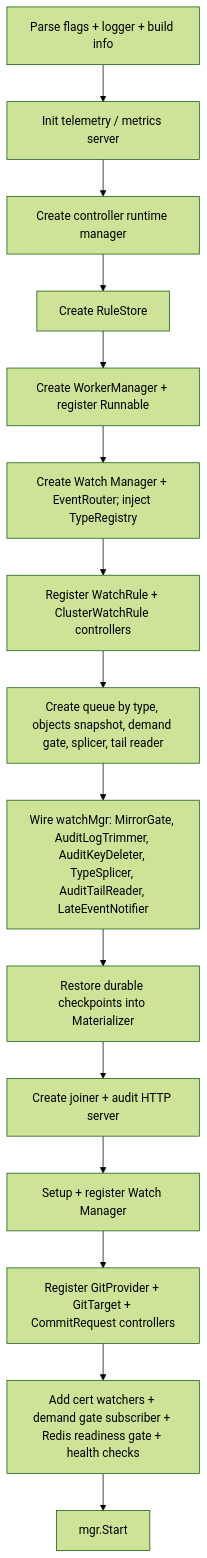
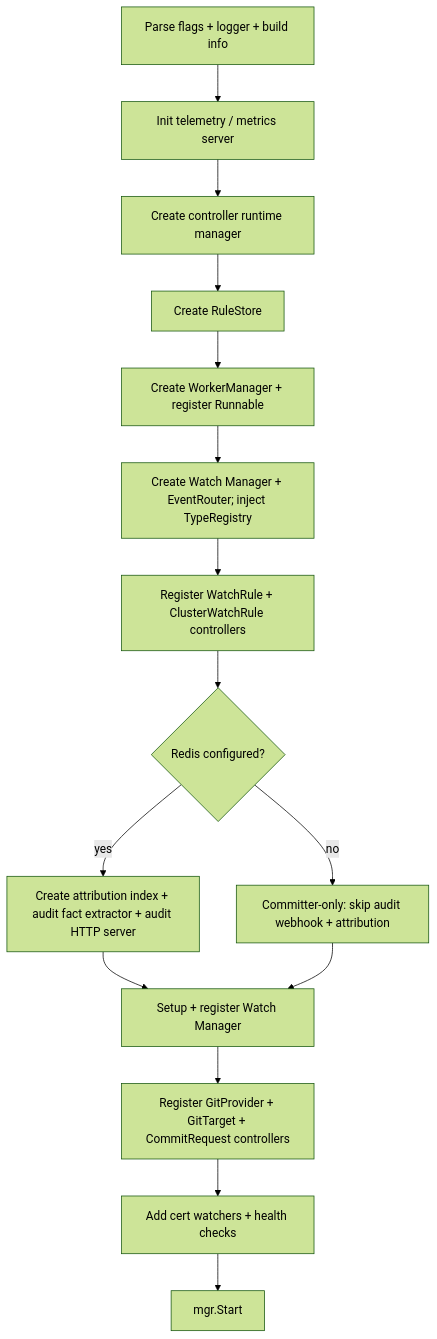
The third of 3 diagrams in docs/architecture.md (ConfigButler/gitops-reverser), drawn with Mermaid (forest theme) before and after one commit. The commit also changed other lines of this file and 61 other files, not shown here.

````diff
--- a/docs/architecture.md
+++ b/docs/architecture.md
@@ -761,17 +675,17 @@
 ```mermaid
 flowchart TD
     A[Parse flags + logger + build info] --> B[Init telemetry / metrics server]
     B --> C[Create controller runtime manager]
     C --> D[Create RuleStore]
     D --> E[Create WorkerManager + register Runnable]
     E --> F[Create Watch Manager + EventRouter; inject TypeRegistry]
     F --> G[Register WatchRule + ClusterWatchRule controllers]
-    G --> H[Create queue by type, objects snapshot, demand gate, splicer, tail reader]
-    H --> I[Wire watchMgr: MirrorGate, AuditLogTrimmer, AuditKeyDeleter, TypeSplicer, AuditTailReader, LateEventNotifier]
-    I --> J[Restore durable checkpoints into Materializer]
-    J --> K[Create joiner + audit HTTP server]
-    K --> L[Setup + register Watch Manager]
-    L --> M[Register GitProvider + GitTarget + CommitRequest controllers]
-    M --> N[Add cert watchers + demand gate subscriber + Redis readiness gate + health checks]
-    N --> O[mgr.Start]
+    G --> H{Redis configured?}
+    H -->|yes| I[Create attribution index + audit fact extractor + audit HTTP server]
+    H -->|no| J[Committer-only: skip audit webhook + attribution]
+    I --> K[Setup + register Watch Manager]
+    J --> K
+    K --> L[Register GitProvider + GitTarget + CommitRequest controllers]
+    L --> M[Add cert watchers + health checks]
+    M --> N[mgr.Start]
 ```
````
